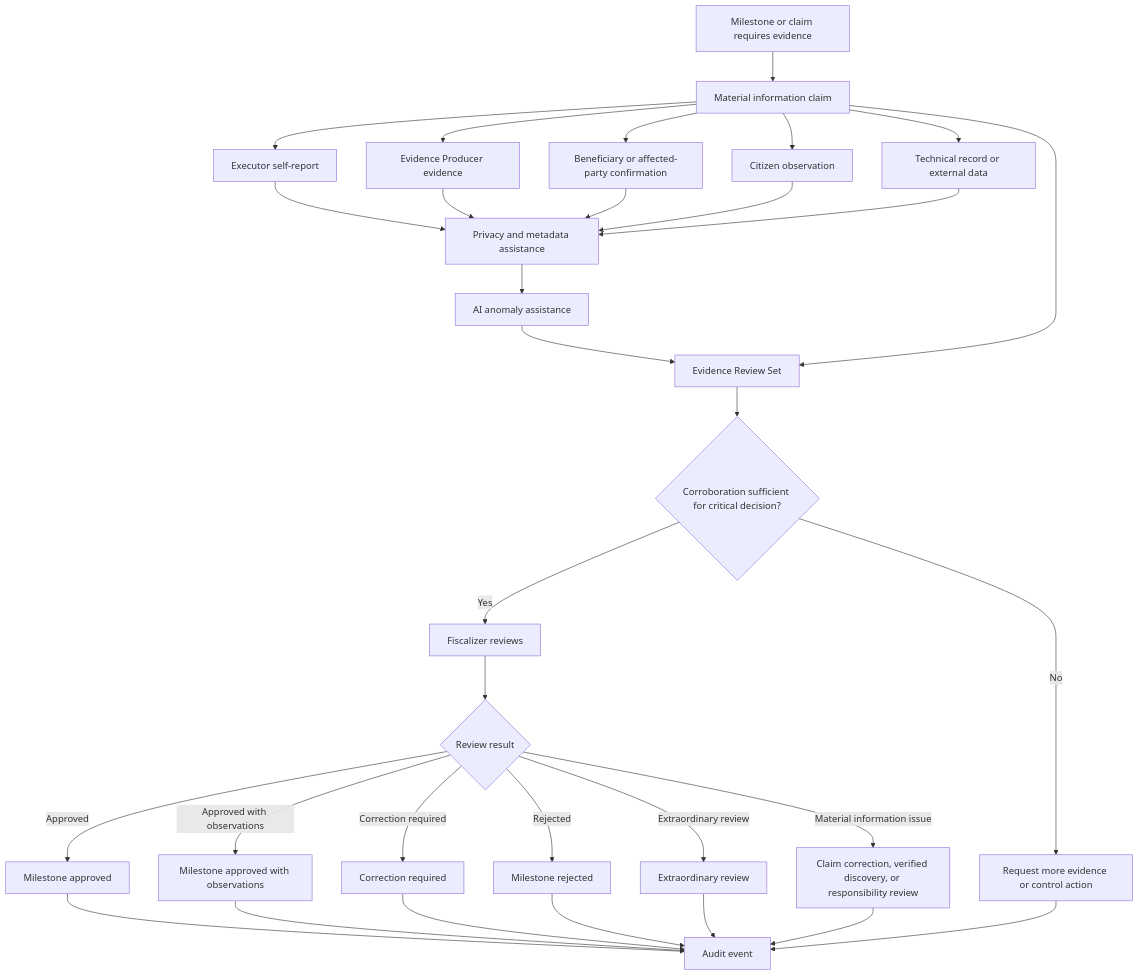
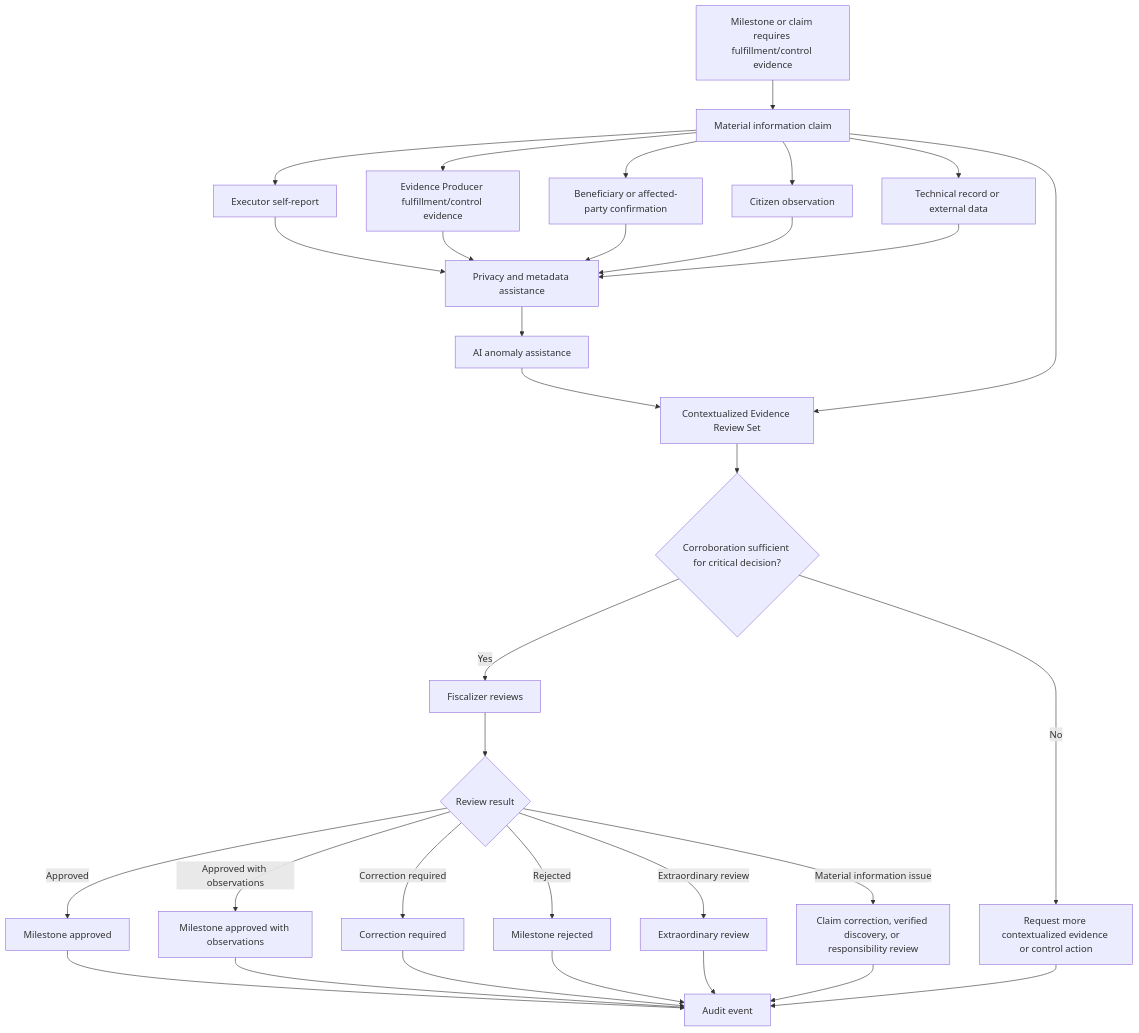
Before and after one commit to moffermann/distributed-governance-research: the diagram in docs/diagrams/v0-evidence-fiscalization.md, drawn with Mermaid. The commit also changed other lines of this file and 73 other files, not shown here.

````diff
--- a/docs/diagrams/v0-evidence-fiscalization.md
+++ b/docs/diagrams/v0-evidence-fiscalization.md
@@ -9,39 +9,39 @@
 ```mermaid
 flowchart TD
-    M[Milestone or claim requires evidence]
+    M[Milestone or claim requires fulfillment/control evidence]
     M --> MC[Material information claim]
     MC --> E1[Executor self-report]
-    MC --> E2[Evidence Producer evidence]
+    MC --> E2[Evidence Producer fulfillment/control evidence]
     MC --> E3[Beneficiary or affected-party confirmation]
     MC --> E4[Citizen observation]
     MC --> E5[Technical record or external data]
 
     E1 --> PR[Privacy and metadata assistance]
     E2 --> PR
     E3 --> PR
     E4 --> PR
     E5 --> PR
 
     PR --> AI[AI anomaly assistance]
-    AI --> ER[Evidence Review Set]
+    AI --> ER[Contextualized Evidence Review Set]
     MC --> ER
     ER --> CV{Corroboration sufficient for critical decision?}
-    CV -->|No| RQ[Request more evidence or control action]
+    CV -->|No| RQ[Request more contextualized evidence or control action]
     CV -->|Yes| F[Fiscalizer reviews]
 
     F --> R{Review result}
     R -->|Approved| A[Milestone approved]
     R -->|Approved with observations| AO[Milestone approved with observations]
     R -->|Correction required| C[Correction required]
     R -->|Rejected| RJ[Milestone rejected]
     R -->|Extraordinary review| X[Extraordinary review]
     R -->|Material information issue| IR[Claim correction, verified discovery, or responsibility review]
 
     A --> AE[Audit event]
     AO --> AE
     C --> AE
     RJ --> AE
     X --> AE
     IR --> AE
     RQ --> AE
 ```
````
